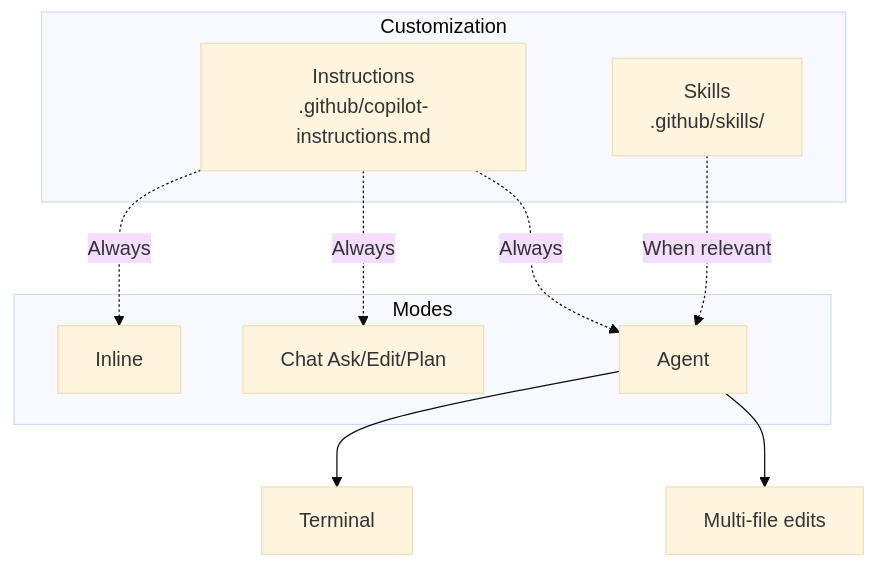
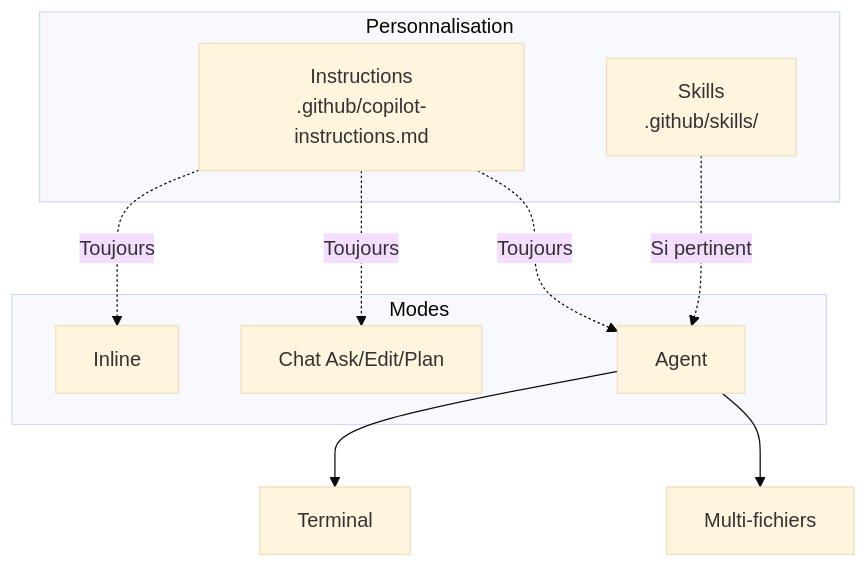
The second of 2 diagrams in Cours.md (RDFormations/GH_Copilot_TS), drawn with Mermaid (base theme) before and after one commit. The commit also changed other lines of this file and 13 other files, not shown here.

````diff
--- a/Cours.md
+++ b/Cours.md
@@ -662,18 +662,18 @@
 ```mermaid
 flowchart TB
- subgraph Perso["Customization"]
+ subgraph Perso["Personnalisation"]
  Inst["Instructions<br/>.github/copilot-instructions.md"]
  Skill["Skills<br/>.github/skills/"]
  end
  subgraph Modes["Modes"]
  Inline["Inline"]
  Chat["Chat Ask/Edit/Plan"]
  Agent["Agent"]
  end
- Inst -.->|"Always"| Inline
- Inst -.->|"Always"| Chat
- Inst -.->|"Always"| Agent
- Skill -.->|"When relevant"| Agent
+ Inst -.->|"Toujours"| Inline
+ Inst -.->|"Toujours"| Chat
+ Inst -.->|"Toujours"| Agent
+ Skill -.->|"Si pertinent"| Agent
  Agent --> Term["Terminal"]
- Agent --> Files["Multi-file edits"]
+ Agent --> Files["Multi-fichiers"]
 ```
````
